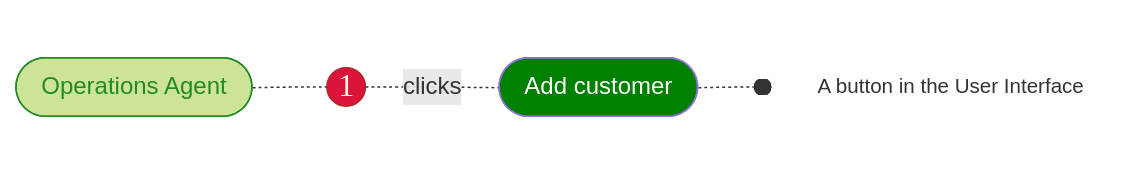
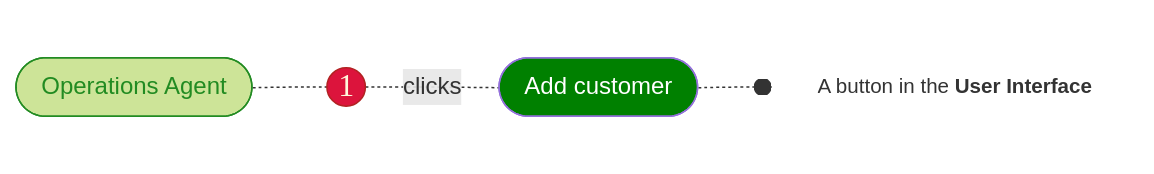
One commit to joe-dorward/samples changed the diagram in 2025_Sage_Playa/mermaid/template_01.md. Above: the diagram before and after it, drawn with Mermaid.

````diff
--- a/2025_Sage_Playa/mermaid/template_01.md
+++ b/2025_Sage_Playa/mermaid/template_01.md
@@ -1,30 +1,30 @@
 ```mermaid
 flowchart LR
 
   %% define styles
   classDef User fill:#cde498, stroke:forestgreen, color:forestgreen;
   classDef Number fill:crimson, color:cornsilk, stroke:firebrick, font-family:verdana, font-size:16pt, padding:10px;
   classDef Button fill:green, color:white;
   classDef Note fill:transparent, stroke:white, text-align:left, font-size: 95%;
 
 
 
   %%classDef Node fill:white, stroke:black, font-size:8pt;
   %%classDef Node fill:white, stroke:black, font-size:8pt;
   %%classDef Sage fill:seagreen, color:honeydew;
   %%classDef Noun fill:lightcyan, stroke:royalblue, color:royalblue;
 
 
   OPERATIONS_AGENT_01([&nbsp;Operations Agent&nbsp;]):::User
 
   %% ---------- ---------- ---------- ---------- ---------- ---------- ---------- ---------- ---------- ----------
   1(("1")):::Number
   ADD_CUSTOMER_01([&nbsp;Add customer&nbsp;]):::Button
-  ADD_CUSTOMER_01_NOTE["A button in the User Interface"]:::Note
+  ADD_CUSTOMER_01_NOTE["A button in the <b>User Interface</b>"]:::Note
 
 
   OPERATIONS_AGENT_01-.-
   1-.clicks.-
   ADD_CUSTOMER_01-.-o
   ADD_CUSTOMER_01_NOTE
 ```
````
